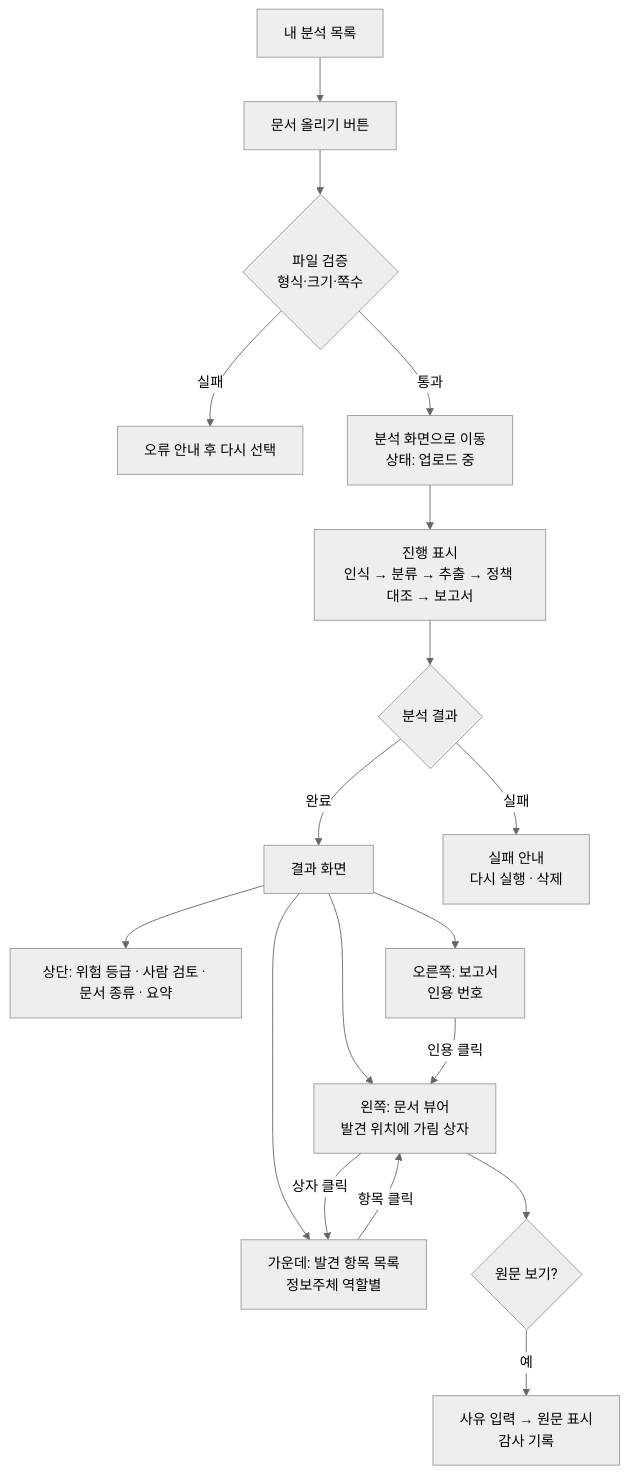
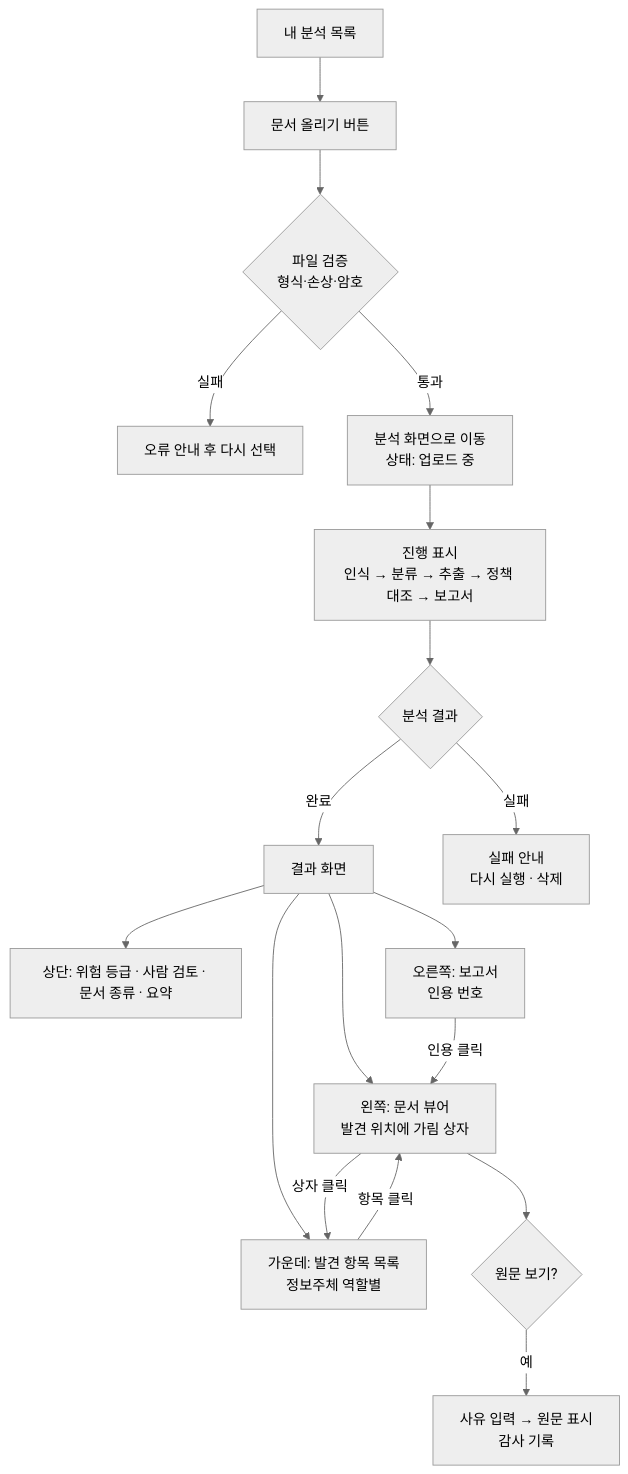
The first of 5 diagrams in docs/USER_FLOW.md (jinsu47/imbank-docguard), drawn with Mermaid (neutral theme) before and after one commit. The commit also changed other lines of this file and 26 other files, not shown here.

````diff
--- a/docs/USER_FLOW.md
+++ b/docs/USER_FLOW.md
@@ -13,20 +13,20 @@
 ```mermaid
 flowchart TD
     A[내 분석 목록] --> B[문서 올리기 버튼]
-    B --> C{파일 검증<br/>형식·크기·쪽수}
+    B --> C{파일 검증<br/>형식·손상·암호}
     C -- 실패 --> C1[오류 안내 후 다시 선택]
     C -- 통과 --> D[분석 화면으로 이동<br/>상태: 업로드 중]
     D --> E[진행 표시<br/>인식 → 분류 → 추출 → 정책 대조 → 보고서]
     E --> F{분석 결과}
     F -- 완료 --> G[결과 화면]
     F -- 실패 --> F1[실패 안내<br/>다시 실행 · 삭제]
     G --> H[상단: 위험 등급 · 사람 검토 · 문서 종류 · 요약]
     G --> I[왼쪽: 문서 뷰어<br/>발견 위치에 가림 상자]
     G --> J[가운데: 발견 항목 목록<br/>정보주체 역할별]
     G --> K[오른쪽: 보고서<br/>인용 번호]
     J -- 항목 클릭 --> I
     K -- 인용 클릭 --> I
     I -- 상자 클릭 --> J
     I --> L{원문 보기?}
     L -- 예 --> L1[사유 입력 → 원문 표시<br/>감사 기록]
 ```
````
